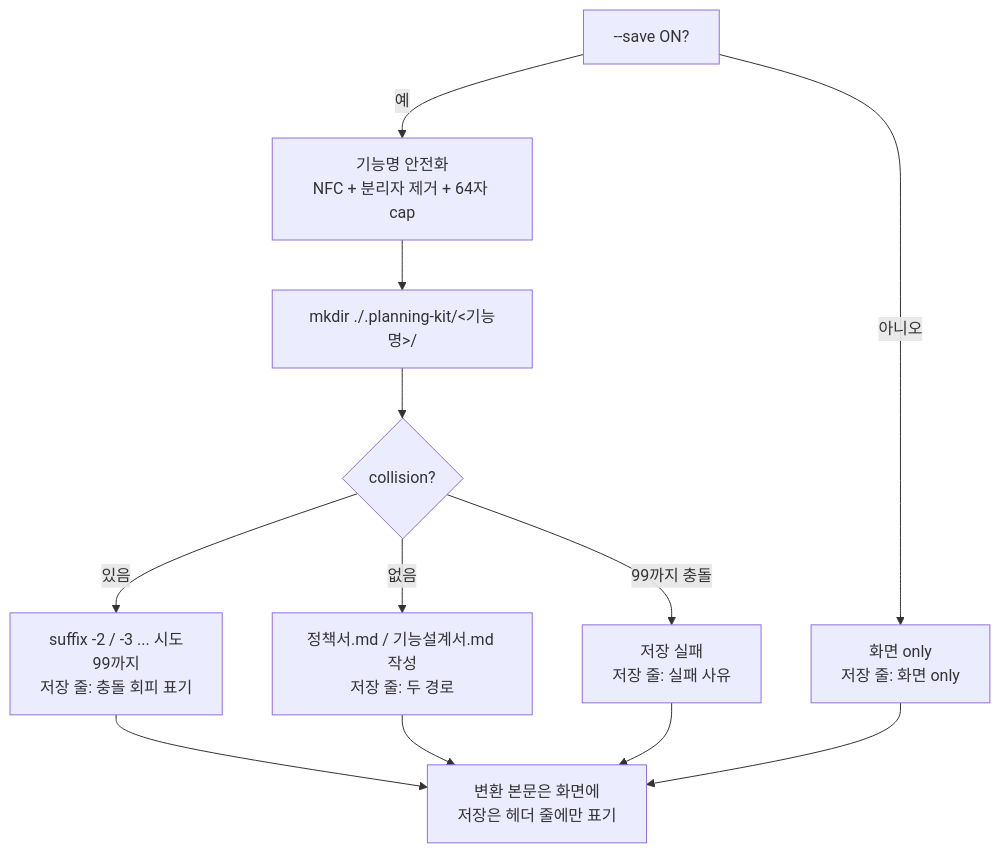
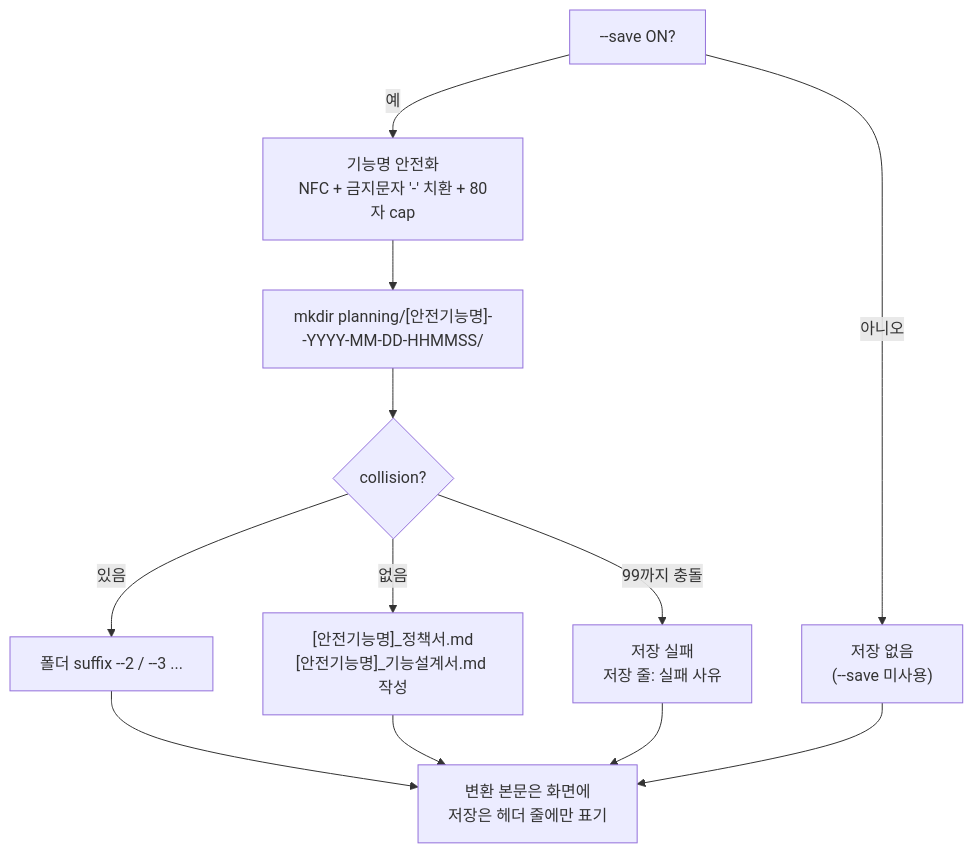
The eighth of 11 diagrams in planning-kit/docs/planning-format-workflow.md (inkwonjung-colosseum/plugins), drawn with Mermaid before and after one commit. The commit also changed other lines of this file and 24 other files, not shown here.

Commit message:
chore: release planning-kit 0.2.9

````diff
--- a/planning-kit/docs/planning-format-workflow.md
+++ b/planning-kit/docs/planning-format-workflow.md
@@ -227,14 +227,14 @@
 ```mermaid
 flowchart TD
-  S[--save ON?] -->|아니오| SK[화면 only<br/>저장 줄: 화면 only]
-  S -->|예| N[기능명 안전화<br/>NFC + 분리자 제거 + 64자 cap]
-  N --> MK["mkdir ./.planning-kit/&lt;기능명&gt;/"]
+  S[--save ON?] -->|아니오| SK["저장 없음<br/>(--save 미사용)"]
+  S -->|예| N["기능명 안전화<br/>NFC + 금지문자 '-' 치환 + 80자 cap"]
+  N --> MK["mkdir planning/[안전기능명]--YYYY-MM-DD-HHMMSS/"]
   MK --> WR{collision?}
-  WR -->|없음| W1[정책서.md / 기능설계서.md 작성<br/>저장 줄: 두 경로]
-  WR -->|있음| W2[suffix -2 / -3 ... 시도<br/>99까지<br/>저장 줄: 충돌 회피 표기]
+  WR -->|없음| W1["[안전기능명]_정책서.md<br/>[안전기능명]_기능설계서.md 작성"]
+  WR -->|있음| W2["폴더 suffix --2 / --3 ..."]
   WR -->|99까지 충돌| W3[저장 실패<br/>저장 줄: 실패 사유]
   W2 --> END
   W1 --> END
   W3 --> END
   SK --> END[변환 본문은 화면에<br/>저장은 헤더 줄에만 표기]
 ```
````
